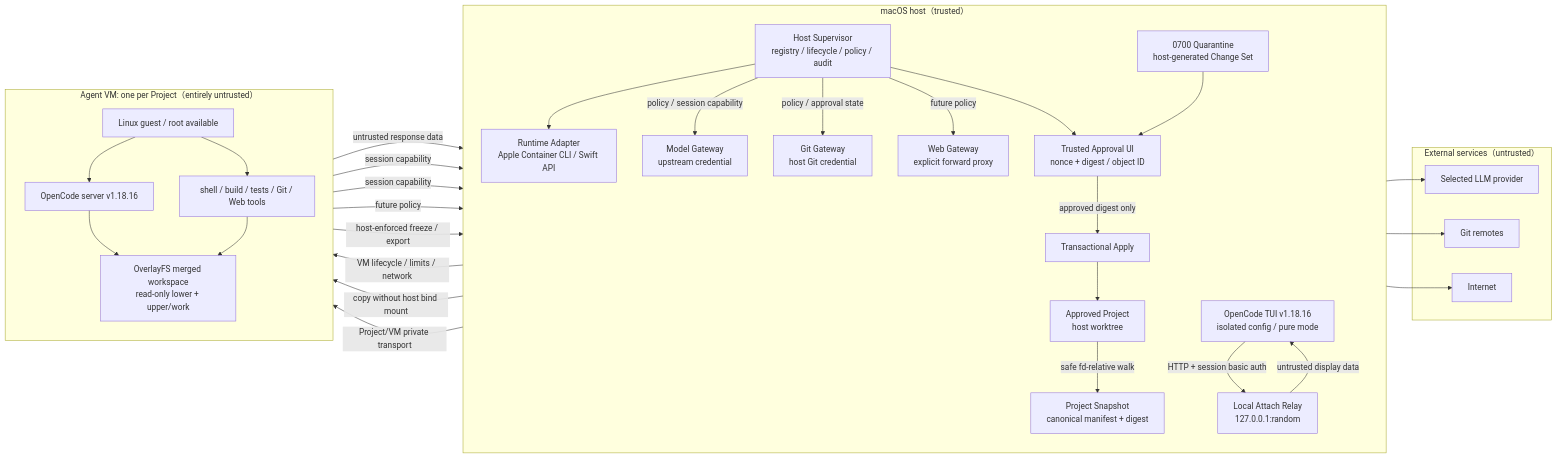
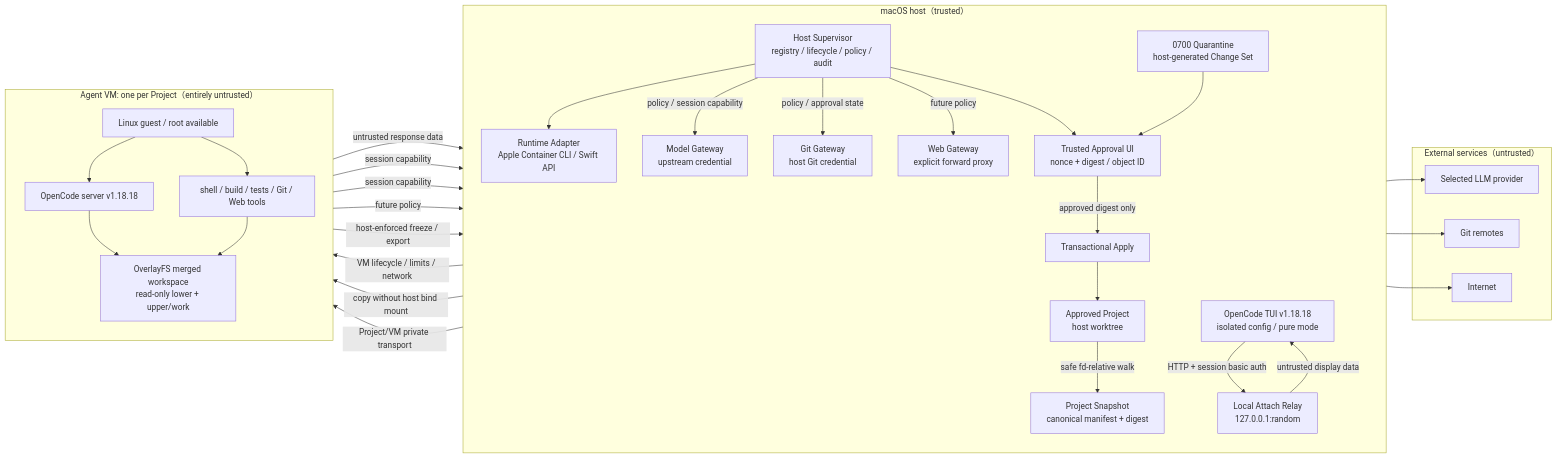
The first of 4 diagrams in docs/plan/sunaba-secure-agent-platform.md (Haruka-127/sunaba), drawn with Mermaid before and after one commit. The commit also changed other lines of this file and 12 other files, not shown here.

````diff
--- a/docs/plan/sunaba-secure-agent-platform.md
+++ b/docs/plan/sunaba-secure-agent-platform.md
@@ -220,59 +220,59 @@
 ```mermaid
 flowchart LR
     subgraph HOST["macOS host（trusted）"]
         direction TB
         Project["Approved Project<br/>host worktree"]
         Snapshot["Project Snapshot<br/>canonical manifest + digest"]
         Supervisor["Host Supervisor<br/>registry / lifecycle / policy / audit"]
         Runtime["Runtime Adapter<br/>Apple Container CLI / Swift API"]
-        TUI["OpenCode TUI v1.18.16<br/>isolated config / pure mode"]
+        TUI["OpenCode TUI v1.18.18<br/>isolated config / pure mode"]
         Relay["Local Attach Relay<br/>127.0.0.1:random"]
         ModelGW["Model Gateway<br/>upstream credential"]
         GitGW["Git Gateway<br/>host Git credential"]
         WebGW["Web Gateway<br/>explicit forward proxy"]
         Quarantine["0700 Quarantine<br/>host-generated Change Set"]
         Approval["Trusted Approval UI<br/>nonce + digest / object ID"]
         Apply["Transactional Apply"]
     end
 
     subgraph GUEST["Agent VM: one per Project（entirely untrusted）"]
         direction TB
         GuestOS["Linux guest / root available"]
-        Server["OpenCode server v1.18.16"]
+        Server["OpenCode server v1.18.18"]
         Tools["shell / build / tests / Git / Web tools"]
         Workspace["OverlayFS merged workspace<br/>read-only lower + upper/work"]
         GuestOS --> Server
         GuestOS --> Tools
         Server --> Workspace
         Tools --> Workspace
     end
 
     subgraph EXTERNAL["External services（untrusted）"]
         LLM["Selected LLM provider"]
         GitRemote["Git remotes"]
         Internet["Internet"]
     end
 
     Supervisor --> Runtime
     Runtime -->|VM lifecycle / limits / network| GuestOS
     Project -->|safe fd-relative walk| Snapshot
     Snapshot -->|copy without host bind mount| Workspace
     Supervisor -->|policy / session capability| ModelGW
     Supervisor -->|policy / approval state| GitGW
     Supervisor -->|future policy| WebGW
     Supervisor --> Approval
     TUI -->|HTTP + session basic auth| Relay
     Relay -->|Project/VM private transport| Server
     Server -->|untrusted response data| Relay
     Relay -->|untrusted display data| TUI
     Server -->|session capability| ModelGW
     Tools -->|session capability| GitGW
     Tools -->|future policy| WebGW
     ModelGW --> LLM
     GitGW --> GitRemote
     WebGW --> Internet
     Workspace -->|host-enforced freeze / export| Quarantine
     Quarantine --> Approval
     Approval -->|approved digest only| Apply
     Apply --> Project
 ```
````
